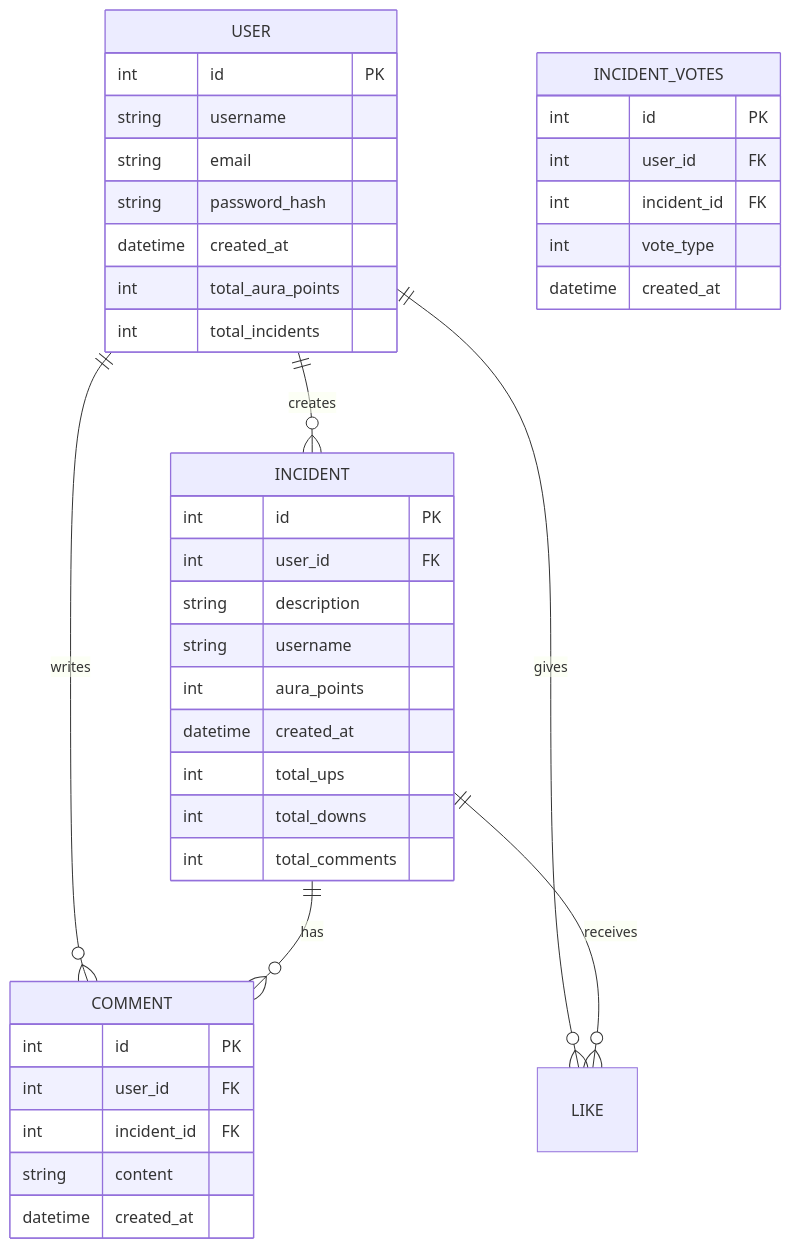
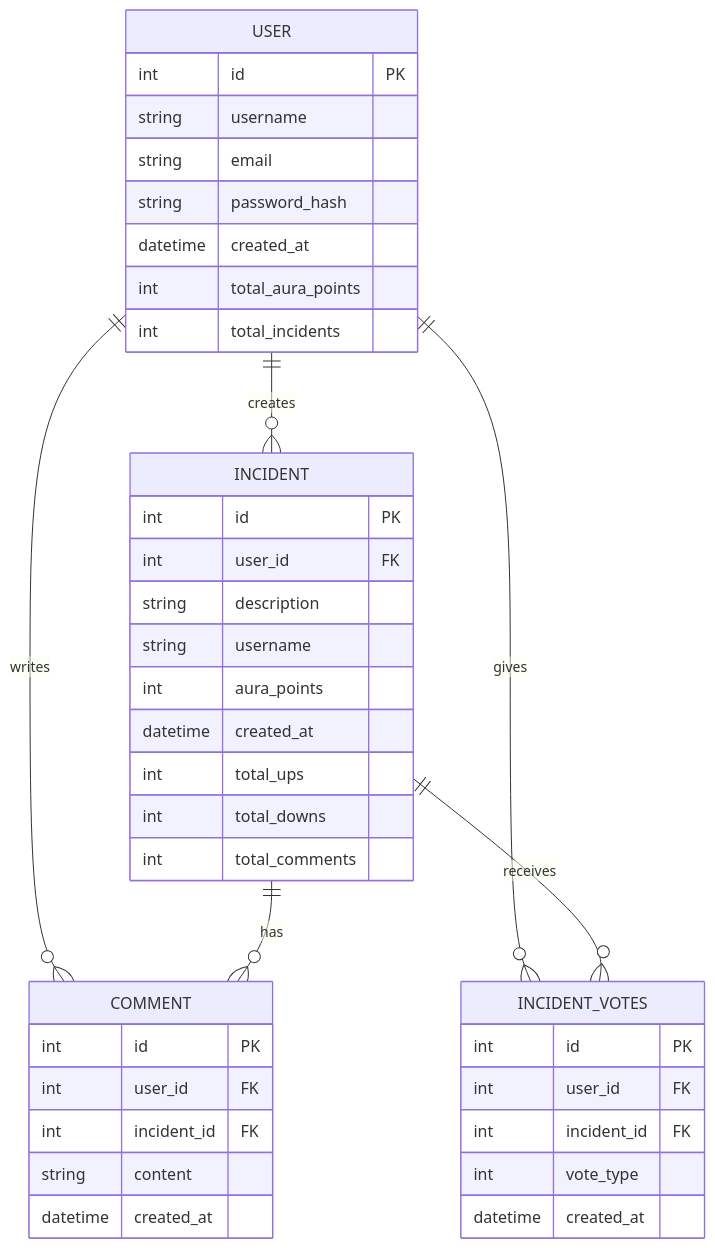
The diagram in README.md (DebmalyaSen34/aura-io), drawn with Mermaid before and after one commit.

````diff
--- a/README.md
+++ b/README.md
@@ -8,42 +8,42 @@
 ```mermaid
 erDiagram
     USER {
         int id PK
         string username
         string email
         string password_hash
         datetime created_at
         int total_aura_points
         int total_incidents
     }
     INCIDENT {
         int id PK
         int user_id FK
         string description
         string username
         int aura_points
         datetime created_at
         int total_ups
         int total_downs
         int total_comments
     }
     COMMENT {
         int id PK
         int user_id FK
         int incident_id FK
         string content
         datetime created_at
     }
     INCIDENT_VOTES {
         int id PK
         int user_id FK
         int incident_id FK
         int vote_type
         datetime created_at
     }
     USER ||--o{ INCIDENT : "creates"
     USER ||--o{ COMMENT : "writes"
-    USER ||--o{ LIKE : "gives"
+    USER ||--o{ INCIDENT_VOTES : "gives"
     INCIDENT ||--o{ COMMENT : "has"
-    INCIDENT ||--o{ LIKE : "receives"
+    INCIDENT ||--o{ INCIDENT_VOTES : "receives"
 ```
````
